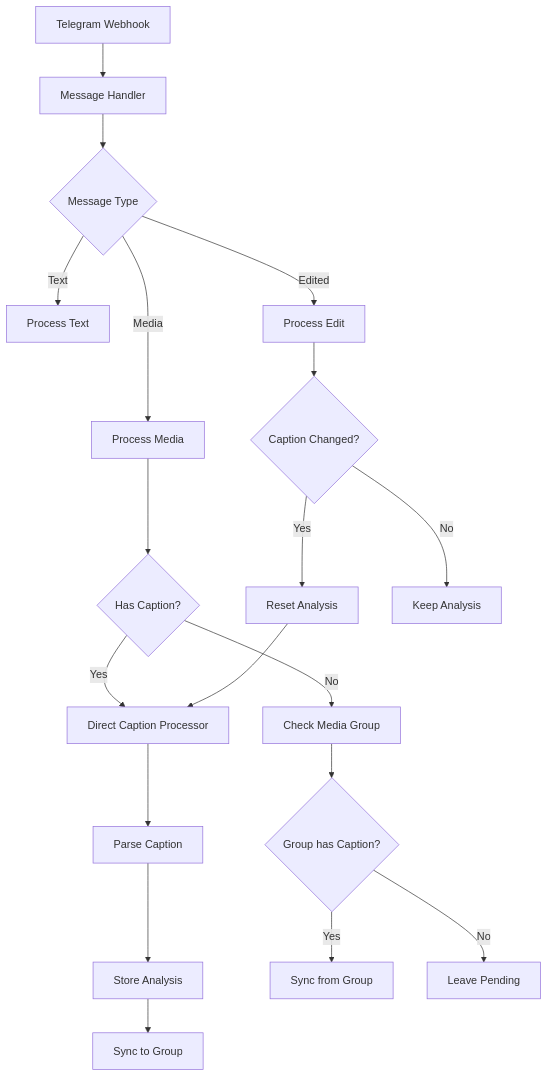
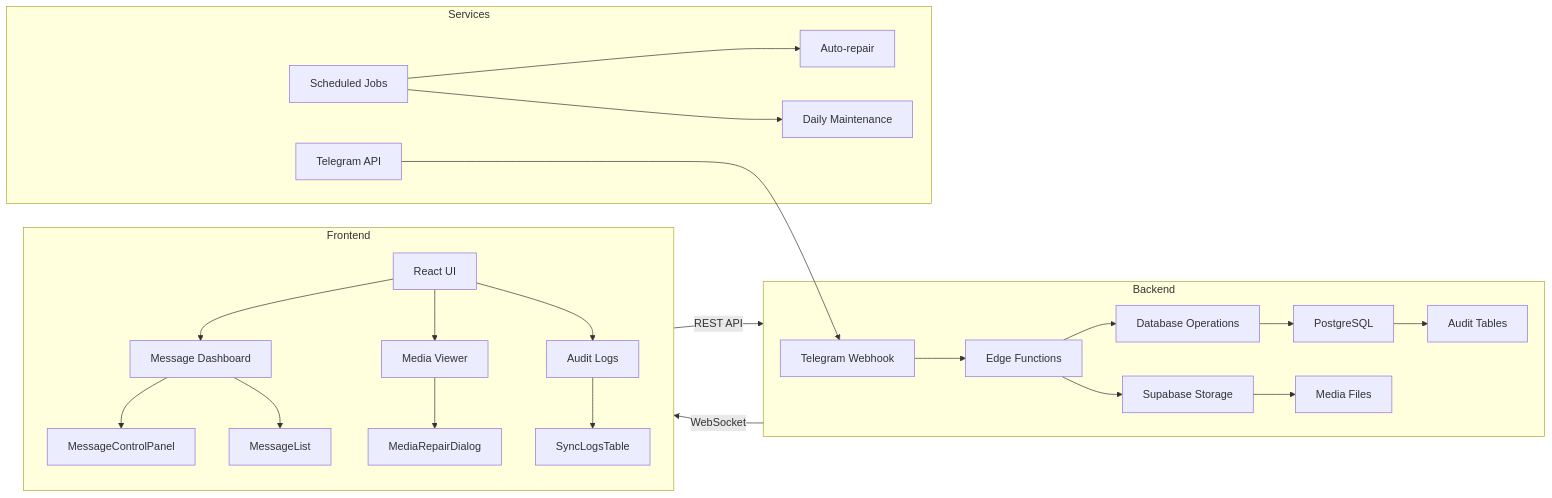
One commit to cmtkdot/xdelo-app changed the first of 7 diagrams in README.md. Above: the diagram before and after it, drawn with Mermaid. The commit also changed other lines of this file and 13 other files, not shown here.

Commit message:
test fixing all the telegram-webhook problems

````diff
--- a/README.md
+++ b/README.md
@@ -8,26 +194,30 @@
 ```mermaid
-flowchart TD
-    A[Telegram Webhook] --> B[Message Handler]
-    B --> C{Message Type}
+flowchart LR
+    subgraph Frontend
+        A[React UI] --> B[Message Dashboard]
+        A --> C[Media Viewer]
+        A --> D[Audit Logs]
+        B --> E[MessageControlPanel]
+        B --> F[MessageList]
+        C --> G[MediaRepairDialog]
+        D --> H[SyncLogsTable]
+    end
     
-    C -->|Media| D[Process Media]
-    C -->|Text| E[Process Text]
-    C -->|Edited| F[Process Edit]
+    subgraph Backend
+        I[Telegram Webhook] --> J[Edge Functions]
+        J --> K[Database Operations]
+        K --> L[PostgreSQL]
+        J --> M[Supabase Storage]
+        L --> N[Audit Tables]
+        M --> O[Media Files]
+    end
     
-    D --> G{Has Caption?}
-    G -->|Yes| H[Direct Caption Processor]
-    G -->|No| I[Check Media Group]
+    subgraph Services
+        P[Telegram API] --> I
+        Q[Scheduled Jobs] --> R[Auto-repair]
+        Q --> S[Daily Maintenance]
+    end
     
-    H --> J[Parse Caption]
-    J --> K[Store Analysis]
-    K --> L[Sync to Group]
-    
-    I --> M{Group has Caption?}
-    M -->|Yes| N[Sync from Group]
-    M -->|No| O[Leave Pending]
-    
-    F --> P{Caption Changed?}
-    P -->|Yes| Q[Reset Analysis]
-    P -->|No| R[Keep Analysis]
-    Q --> H
+    Frontend -- REST API --> Backend
+    Backend -- WebSocket --> Frontend
 ```
````
